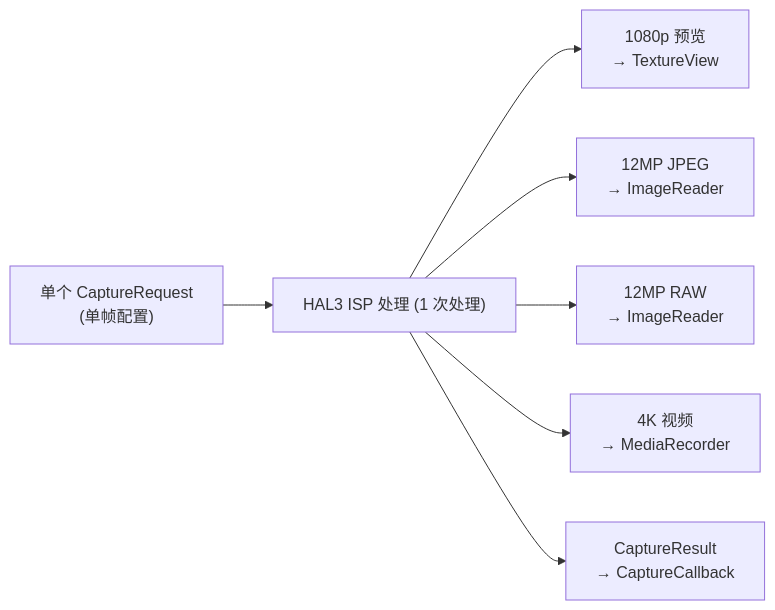
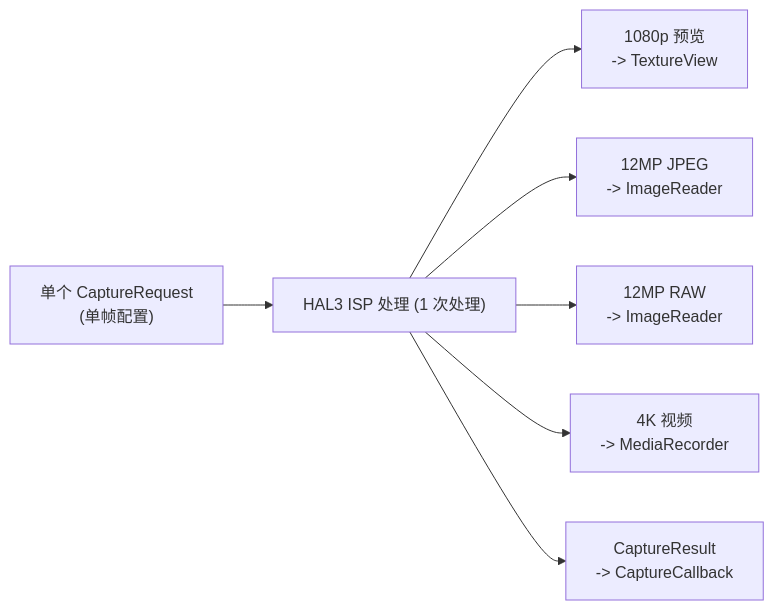
Before and after one commit to zoozooll/AndroidCameraParameters: the third of 4 diagrams in website/i18n/zh-Hans/docusaurus-plugin-content-docs/current/camera2/the-camera2-pipeline.md, drawn with Mermaid. The commit also changed 77 other files, not shown here.

First line of the commit message:
docs: standardize Mermaid syntax and polish 3A pipeline translations

````diff
--- a/website/i18n/zh-Hans/docusaurus-plugin-content-docs/current/camera2/the-camera2-pipeline.md
+++ b/website/i18n/zh-Hans/docusaurus-plugin-content-docs/current/camera2/the-camera2-pipeline.md
@@ -359,17 +359,17 @@
 ```mermaid
 flowchart LR
     R["单个 CaptureRequest<br/>(单帧配置)"]
     HAL["HAL3 ISP 处理 (1 次处理)"]
-    S1["1080p 预览<br/>→ TextureView"]
-    S2["12MP JPEG<br/>→ ImageReader"]
-    S3["12MP RAW<br/>→ ImageReader"]
-    S4["4K 视频<br/>→ MediaRecorder"]
-    RESULT["CaptureResult<br/>→ CaptureCallback"]
+    S1["1080p 预览<br/>-> TextureView"]
+    S2["12MP JPEG<br/>-> ImageReader"]
+    S3["12MP RAW<br/>-> ImageReader"]
+    S4["4K 视频<br/>-> MediaRecorder"]
+    RESULT["CaptureResult<br/>-> CaptureCallback"]
 
     R --> HAL
     HAL --> S1
     HAL --> S2
     HAL --> S3
     HAL --> S4
     HAL --> RESULT
 ```
````
